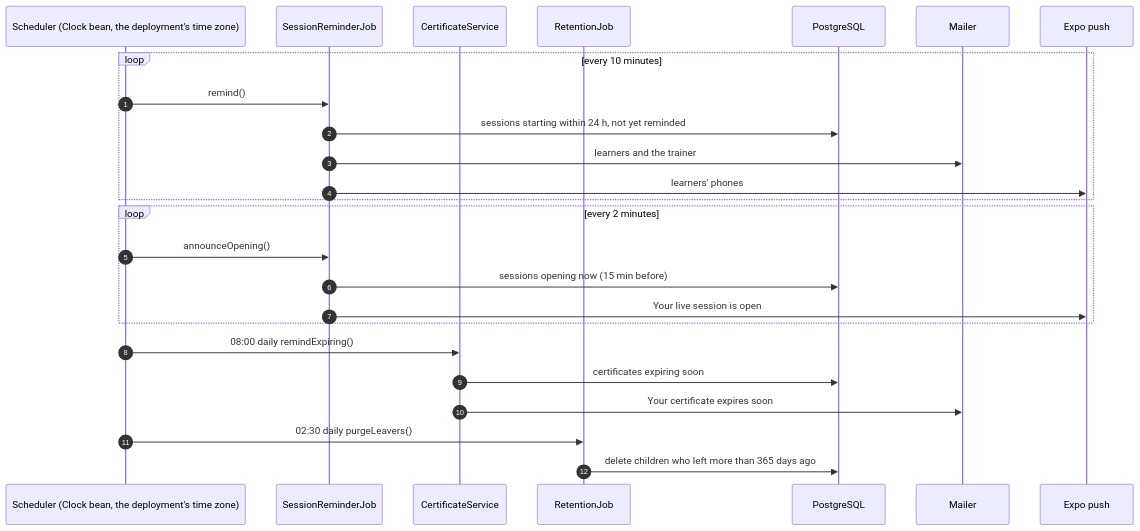
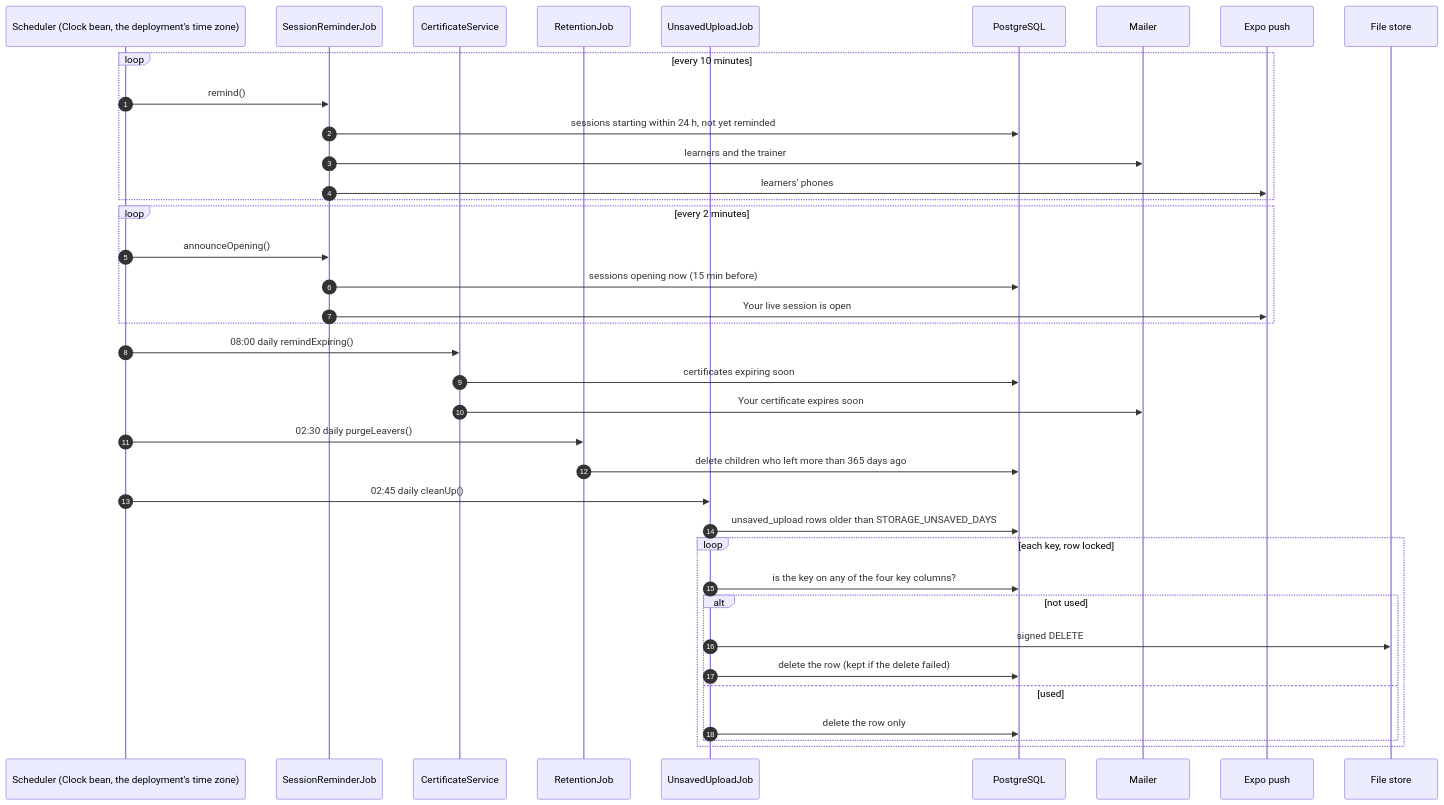
One commit to ersagarnikam/MoterMoversPlatform changed the second of 2 diagrams in docs/flows/8-visitor-and-scheduled-jobs.md. Above: the diagram before and after it, drawn with Mermaid. The commit also changed other lines of this file and 22 other files, not shown here.

````diff
--- a/docs/flows/8-visitor-and-scheduled-jobs.md
+++ b/docs/flows/8-visitor-and-scheduled-jobs.md
@@ -61,27 +61,40 @@
 ```mermaid
 sequenceDiagram
   autonumber
   participant CL as Scheduler (Clock bean, the deployment's time zone)
   participant SR as SessionReminderJob
   participant CS as CertificateService
   participant RJ as RetentionJob
+  participant UJ as UnsavedUploadJob
   participant DB as PostgreSQL
   participant M as Mailer
   participant PU as Expo push
+  participant FS as File store
   loop every 10 minutes
     CL->>SR: remind()
     SR->>DB: sessions starting within 24 h, not yet reminded
     SR->>M: learners and the trainer
     SR->>PU: learners' phones
   end
   loop every 2 minutes
     CL->>SR: announceOpening()
     SR->>DB: sessions opening now (15 min before)
     SR->>PU: Your live session is open
   end
   CL->>CS: 08:00 daily remindExpiring()
   CS->>DB: certificates expiring soon
   CS->>M: Your certificate expires soon
   CL->>RJ: 02:30 daily purgeLeavers()
   RJ->>DB: delete children who left more than 365 days ago
+  CL->>UJ: 02:45 daily cleanUp()
+  UJ->>DB: unsaved_upload rows older than STORAGE_UNSAVED_DAYS
+  loop each key, row locked
+    UJ->>DB: is the key on any of the four key columns?
+    alt not used
+      UJ->>FS: signed DELETE
+      UJ->>DB: delete the row (kept if the delete failed)
+    else used
+      UJ->>DB: delete the row only
+    end
+  end
 ```
````
